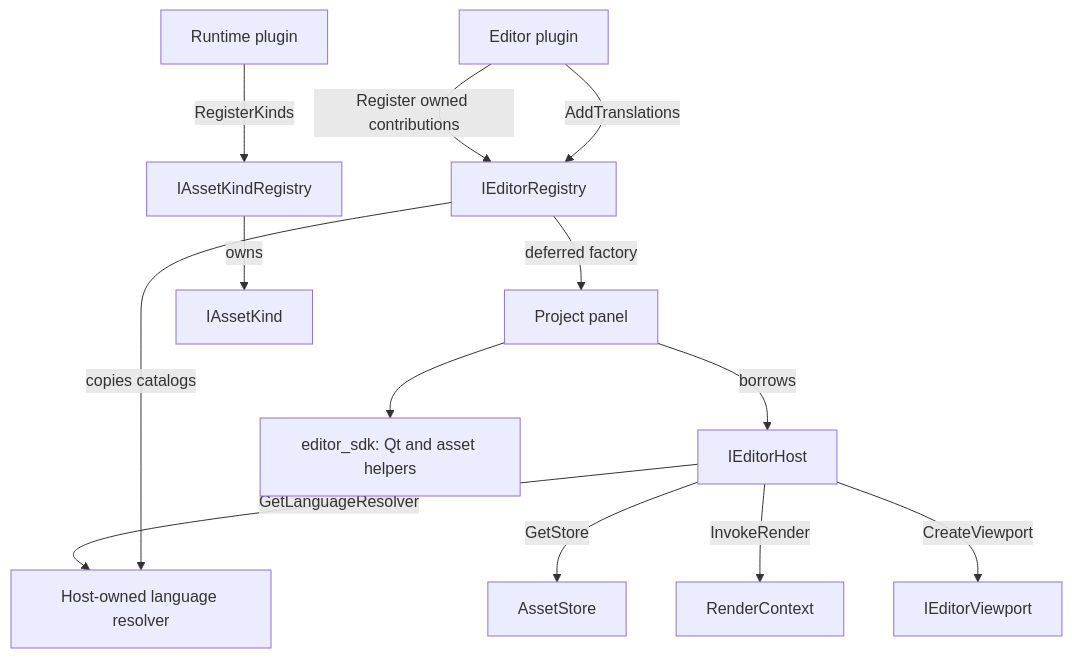
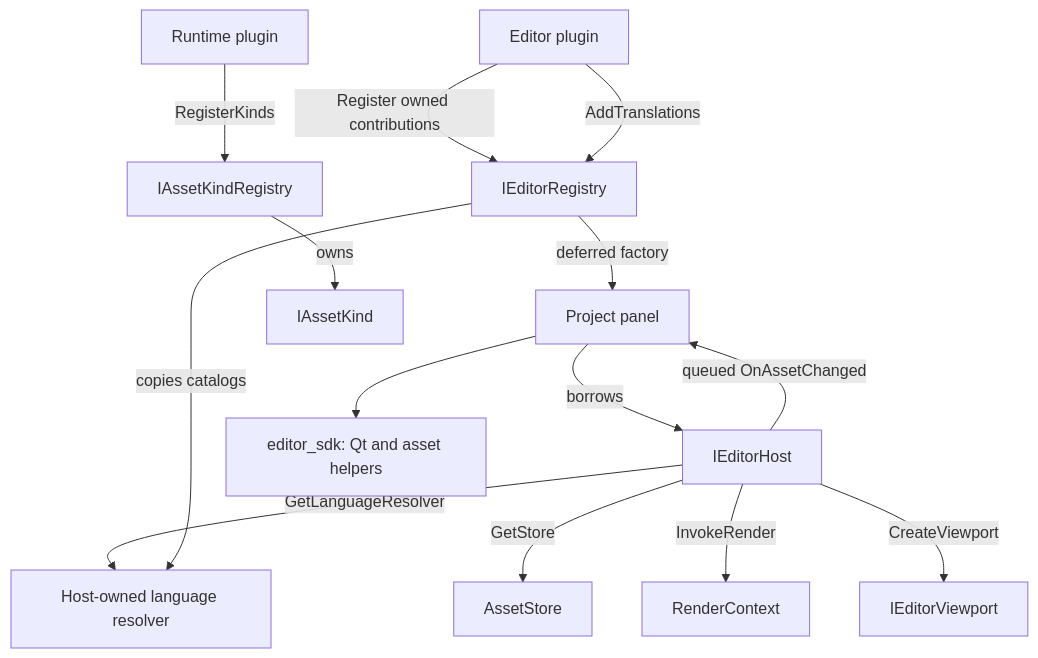
The diagram in docs/editor_plugins.md (alexjiang200407/bernini), drawn with Mermaid before and after one commit. The commit also changed other lines of this file and 8 other files, not shown here.

````diff
--- a/docs/editor_plugins.md
+++ b/docs/editor_plugins.md
@@ -96,15 +96,16 @@
 ```mermaid
 flowchart TD
     Runtime[Runtime plugin] -->|RegisterKinds| Kinds[IAssetKindRegistry]
     Editor[Editor plugin] -->|Register owned contributions| Registry[IEditorRegistry]
     Registry -->|deferred factory| Panel[Project panel]
     Panel -->|borrows| Host[IEditorHost]
+    Host -->|queued OnAssetChanged| Panel
     Panel --> Support[editor_sdk: Qt and asset helpers]
     Host -->|GetLanguageResolver| Language[Host-owned language resolver]
     Editor -->|AddTranslations| Registry
     Registry -->|copies catalogs| Language
     Host -->|GetStore| Store[AssetStore]
     Host -->|InvokeRender| Render[RenderContext]
     Host -->|CreateViewport| Viewport[IEditorViewport]
     Kinds -->|owns| Kind[IAssetKind]
 ```
````
